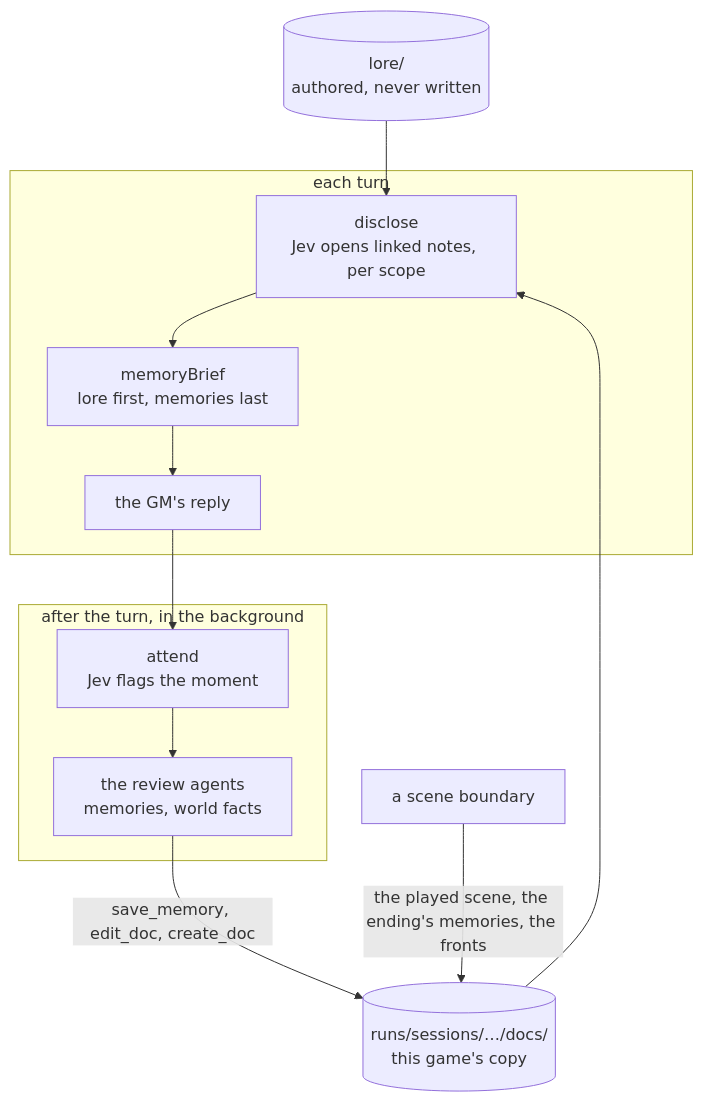
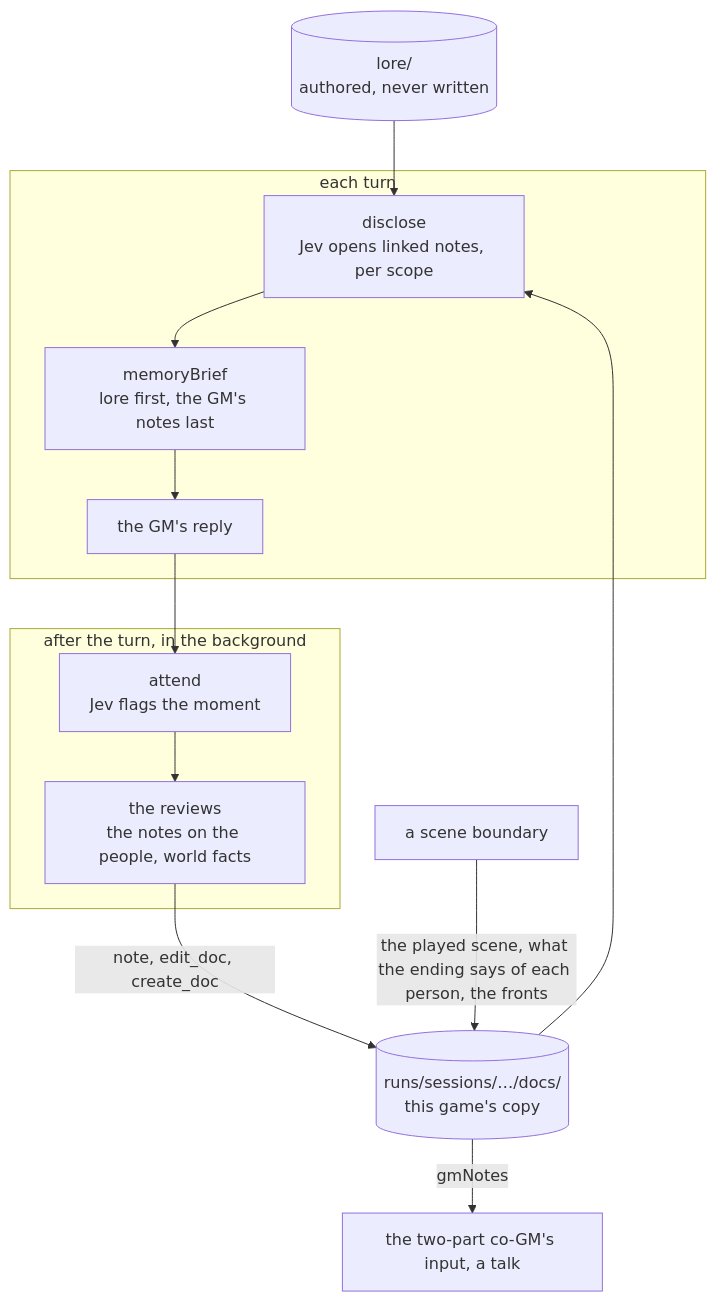
One commit to Tatskaari/kingmaker changed the diagram in ai/docs/README.md. Above: the diagram before and after it, drawn with Mermaid. The commit also changed other lines of this file and 5 other files, not shown here.

````diff
--- a/ai/docs/README.md
+++ b/ai/docs/README.md
@@ -52,14 +52,15 @@
 ```mermaid
 flowchart TB
   seed[("lore/<br/>authored, never written")] --> disclose
   overlay[("runs/sessions/…/docs/<br/>this game's copy")] --> disclose
   subgraph turn [each turn]
-    disclose["disclose<br/>Jev opens linked notes, per scope"] --> brief["memoryBrief<br/>lore first, memories last"] --> reply["the GM's reply"]
+    disclose["disclose<br/>Jev opens linked notes, per scope"] --> brief["memoryBrief<br/>lore first, the GM's notes last"] --> reply["the GM's reply"]
   end
   subgraph later [after the turn, in the background]
-    attend["attend<br/>Jev flags the moment"] --> agents["the review agents<br/>memories, world facts"]
+    attend["attend<br/>Jev flags the moment"] --> agents["the reviews<br/>the notes on the people, world facts"]
   end
   reply --> attend
-  agents -->|"save_memory, edit_doc, create_doc"| overlay
-  boundary["a scene boundary"] -->|"the played scene, the ending's memories, the fronts"| overlay
+  agents -->|"note, edit_doc, create_doc"| overlay
+  boundary["a scene boundary"] -->|"the played scene, what the ending says of each person, the fronts"| overlay
+  overlay -->|"gmNotes"| cogm["the two-part co-GM's input, a talk"]
 ```
````
